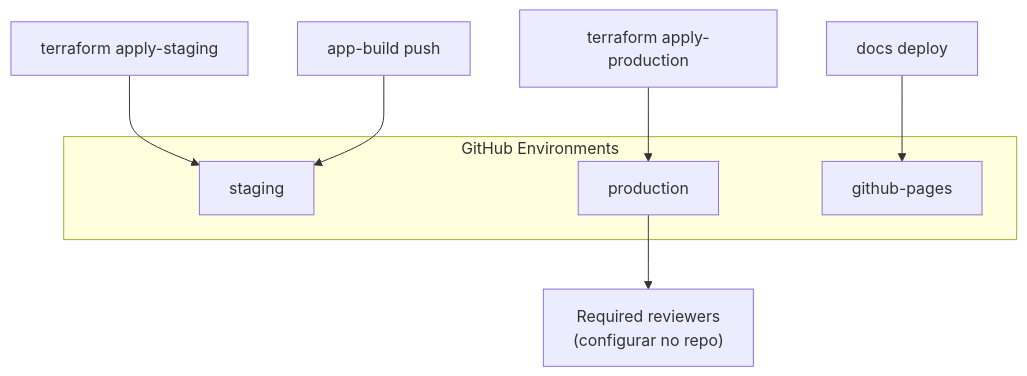
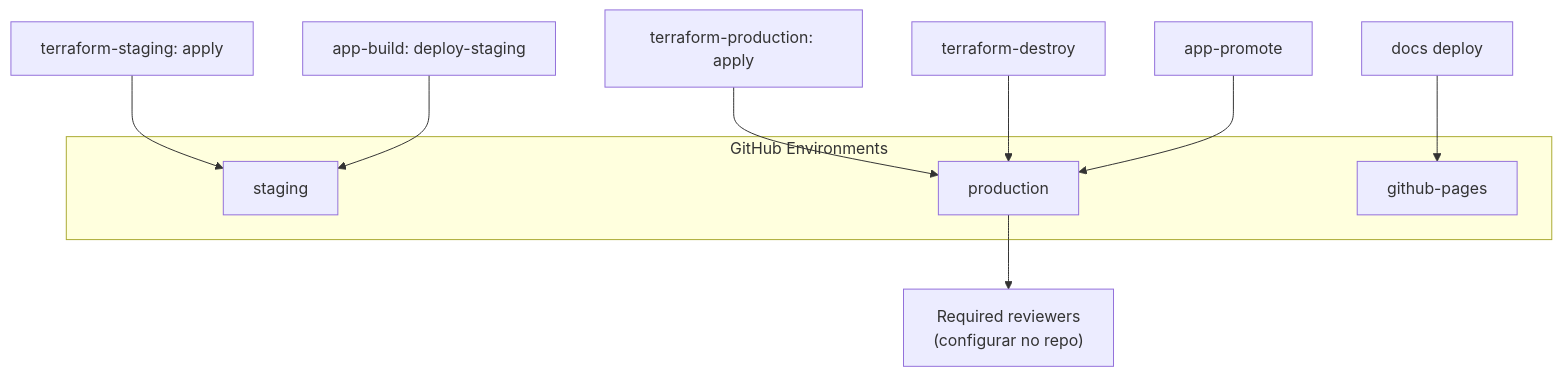
Before and after one commit to nikolastsdev/dito-devops-challenge: diagram 12 of 13 in docs/ci-cd/pipeline-diagrams.md, drawn with Mermaid. The commit also changed other lines of this file and 8 other files, not shown here.

First line of the commit message:
fix: split terraform workflows + unblock staging apply

````diff
--- a/docs/ci-cd/pipeline-diagrams.md
+++ b/docs/ci-cd/pipeline-diagrams.md
@@ -275,15 +270,17 @@
 ```mermaid
 flowchart TB
     subgraph Environments["GitHub Environments"]
         E_STG["staging"]
         E_PRD["production"]
         E_PAGES["github-pages"]
     end
 
-    TF_STG["terraform apply-staging"] --> E_STG
-    TF_PRD["terraform apply-production"] --> E_PRD
-    APP_PUSH["app-build push"] --> E_STG
+    TF_STG["terraform-staging: apply"] --> E_STG
+    TF_PRD["terraform-production: apply"] --> E_PRD
+    TF_DEL["terraform-destroy"] --> E_PRD
+    APP_STG["app-build: deploy-staging"] --> E_STG
+    PROM["app-promote"] --> E_PRD
     DOCS_DEP["docs deploy"] --> E_PAGES
 
     E_PRD --> Reviewers["Required reviewers<br/>(configurar no repo)"]
 ```
````
